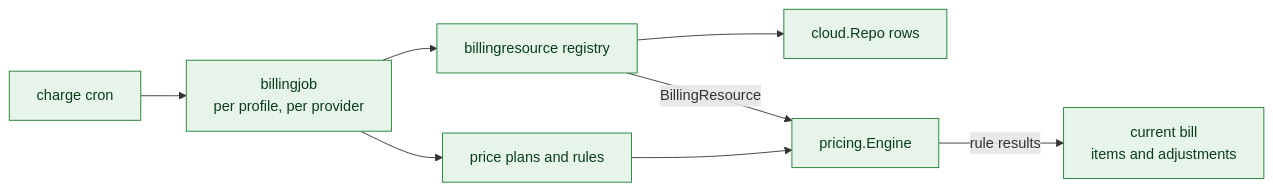
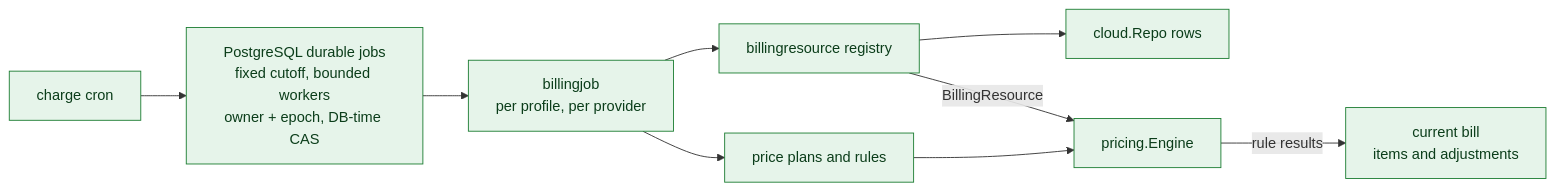
One commit to mutex-solutions/proxcloud changed the fifth of 10 diagrams in docs/architecture/c4/c4-code.md. Above: the diagram before and after it, drawn with Mermaid. The commit also changed other lines of this file and 29 other files, not shown here.

Commit message:
feat(deploy): default durable jobs to PostgreSQL without a broker

````diff
--- a/docs/architecture/c4/c4-code.md
+++ b/docs/architecture/c4/c4-code.md
@@ -421,20 +421,21 @@
 ```mermaid
 flowchart LR
   classDef impl fill:#e6f4ea,stroke:#1e7e34,color:#0b3d1a
 
   cron["charge cron"]:::impl
   bj["billingjob<br/>per profile, per provider"]:::impl
   cache["cloud.Repo rows"]:::impl
   brp["billingresource registry"]:::impl
   plans["price plans and rules"]:::impl
   eng["pricing.Engine"]:::impl
   bill["current bill<br/>items and adjustments"]:::impl
 
-  cron --> bj
+  queue["PostgreSQL durable jobs<br/>fixed cutoff, bounded workers<br/>owner + epoch, DB-time CAS"]:::impl
+  cron --> queue --> bj
   bj --> brp
   brp --> cache
   bj --> plans
   brp -->|"BillingResource"| eng
   plans --> eng
   eng -->|"rule results"| bill
 ```
````
